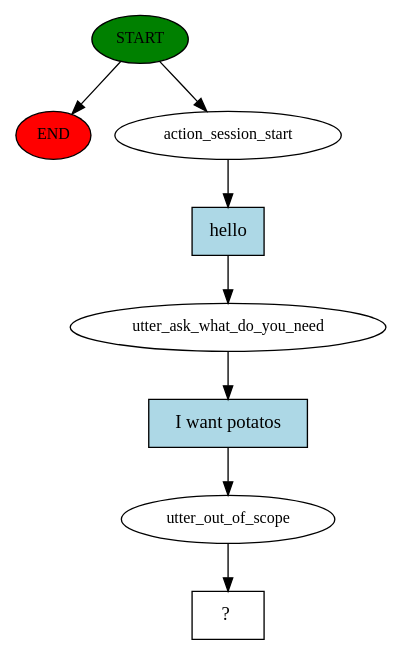
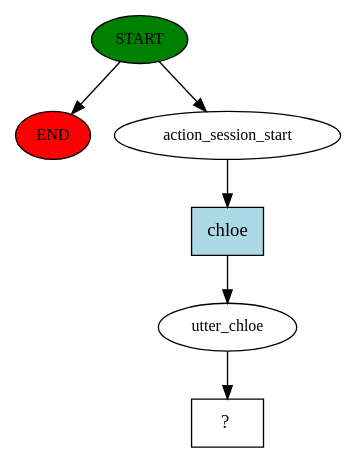
Before and after one commit to CoralGablesIT/AIDAChatBotV2: the diagram in story_graph.dot, drawn with Graphviz. The commit also changed 6 other files, not shown here.

```diff
--- a/story_graph.dot
+++ b/story_graph.dot
@@ -1,17 +1,13 @@
 digraph  {
 0 [class="start active", fillcolor=green, fontsize=12, label=START, style=filled];
 "-1" [class=end, fillcolor=red, fontsize=12, label=END, style=filled];
 1 [class=active, fontsize=12, label=action_session_start];
-2 [class=active, fontsize=12, label=utter_ask_what_do_you_need];
-3 [class=active, fontsize=12, label=utter_out_of_scope];
-4 [class="intent dashed active", label="  ?  ", shape=rect];
-5 [class="intent active", fillcolor=lightblue, label=hello, shape=rect, style=filled];
-6 [class="intent active", fillcolor=lightblue, label="I want potatos", shape=rect, style=filled];
+2 [class=active, fontsize=12, label=utter_chloe];
+3 [class="intent dashed active", label="  ?  ", shape=rect];
+4 [class="intent active", fillcolor=lightblue, label=chloe, shape=rect, style=filled];
 0 -> "-1"  [class="", key=NONE, label=""];
 0 -> 1  [class=active, key=NONE, label=""];
-1 -> 5  [class=active, key=0];
-2 -> 6  [class=active, key=0];
-3 -> 4  [class=active, key=NONE, label=""];
-5 -> 2  [class=active, key=0];
-6 -> 3  [class=active, key=0];
+1 -> 4  [class=active, key=0];
+2 -> 3  [class=active, key=NONE, label=""];
+4 -> 2  [class=active, key=0];
 }
```
